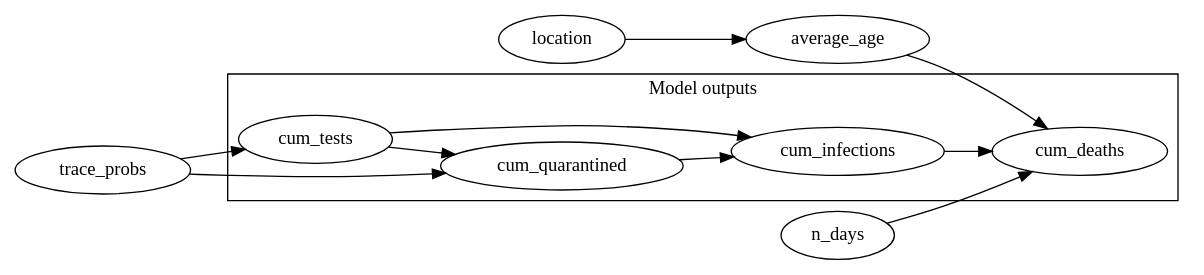
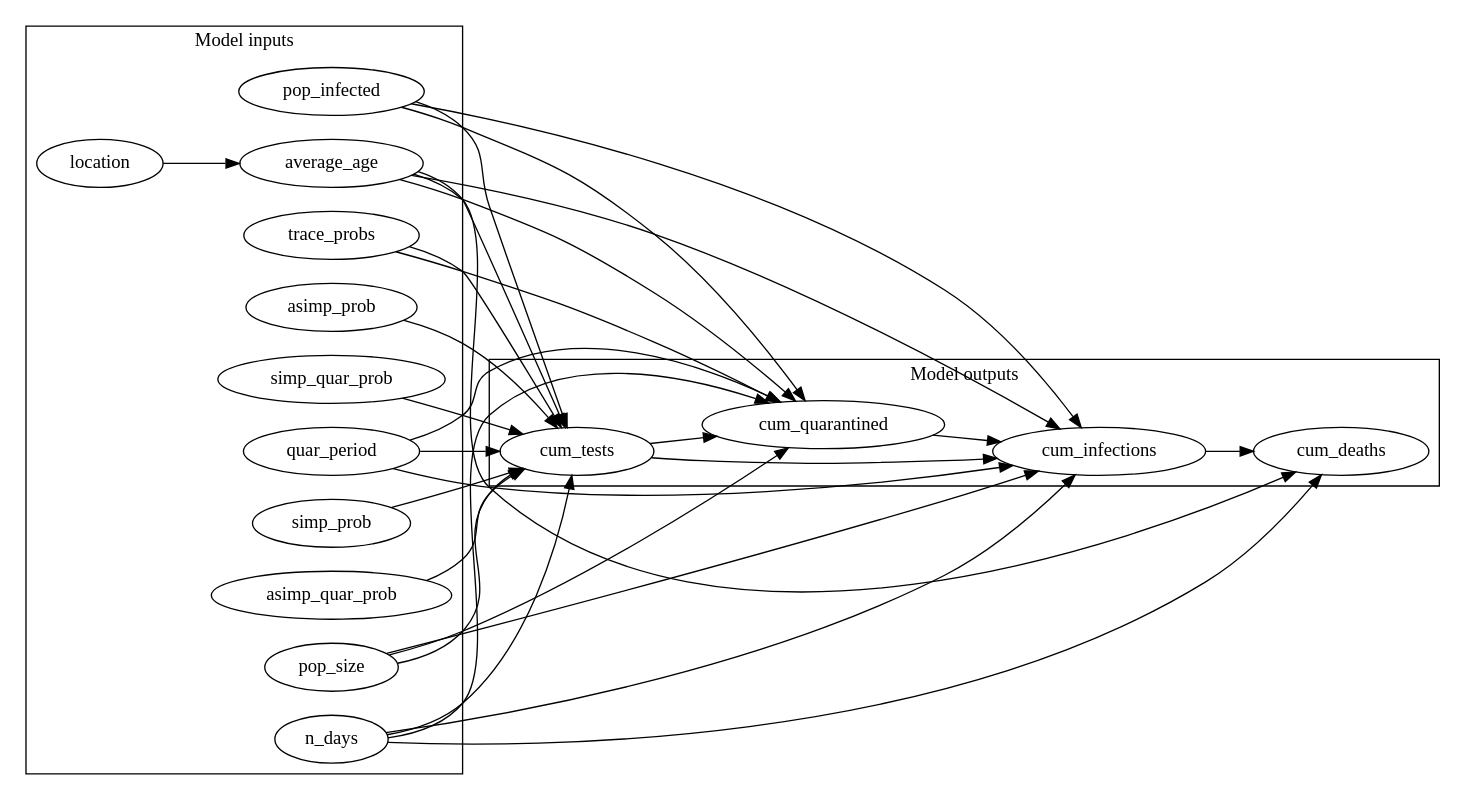
The diagram in scenarios/abstract/dags/compare_interventions_basic.dot (CITCOM-project/causcumber), drawn with Graphviz before and after one commit. The commit also changed 10 other files, not shown here.

```diff
--- a/scenarios/abstract/dags/compare_interventions_basic.dot
+++ b/scenarios/abstract/dags/compare_interventions_basic.dot
@@ -1,24 +1,54 @@
 digraph "" {
 	graph [newrank=True,
 		rankdir=LR
 	];
+	subgraph cluster_inputs {
+		graph [label="Model inputs"];
+		pop_size;
+		quar_period;
+		simp_prob;
+		asimp_quar_prob;
+		n_days;
+		asimp_prob;
+		average_age;
+		simp_quar_prob;
+		location;
+		pop_infected;
+		trace_probs;
+	}
 	subgraph cluster_outputs {
 		graph [label="Model outputs"];
 		cum_tests;
 		cum_quarantined;
 		cum_infections;
 		cum_deaths;
 	}
-	subgraph cluster_inputs {
-		graph [label="Model inputs"];
-	}
+	pop_size -> cum_tests;
+	pop_size -> cum_quarantined;
+	pop_size -> cum_infections;
+	quar_period -> cum_tests;
+	quar_period -> cum_quarantined;
+	quar_period -> cum_infections;
+	simp_prob -> cum_tests;
+	asimp_quar_prob -> cum_tests;
+	n_days -> cum_tests;
+	n_days -> cum_quarantined;
+	n_days -> cum_infections;
+	n_days -> cum_deaths;
+	asimp_prob -> cum_tests;
+	average_age -> cum_tests;
+	average_age -> cum_quarantined;
+	average_age -> cum_infections;
+	average_age -> cum_deaths;
+	simp_quar_prob -> cum_tests;
+	location -> average_age;
+	pop_infected -> cum_tests;
+	pop_infected -> cum_quarantined;
+	pop_infected -> cum_infections;
+	trace_probs -> cum_tests;
+	trace_probs -> cum_quarantined;
 	cum_tests -> cum_quarantined;
 	cum_tests -> cum_infections;
 	cum_quarantined -> cum_infections;
 	cum_infections -> cum_deaths;
-	average_age -> cum_deaths;
-	trace_probs -> cum_tests;
-	trace_probs -> cum_quarantined;
-	n_days -> cum_deaths;
-	location -> average_age;
 }
```
